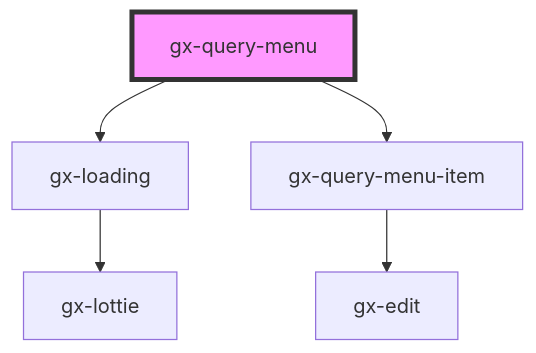
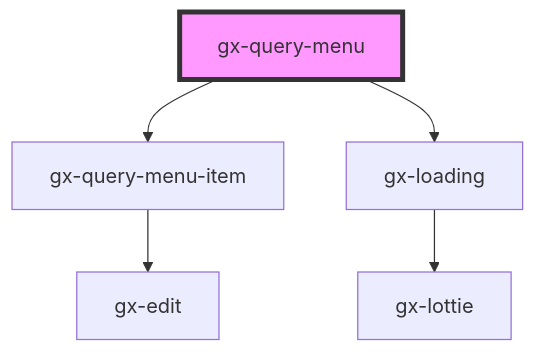
The diagram in src/components/gx-query/query-menu/readme.md (genexuslabs/reporting-controls-library), drawn with Mermaid before and after one commit. The commit also changed other lines of this file and 5 other files, not shown here.

````diff
--- a/src/components/gx-query/query-menu/readme.md
+++ b/src/components/gx-query/query-menu/readme.md
@@ -47,8 +57,8 @@
 ```mermaid
 graph TD;
+  gx-query-menu --> gx-query-menu-item
   gx-query-menu --> gx-loading
-  gx-query-menu --> gx-query-menu-item
+  gx-query-menu-item --> gx-edit
   gx-loading --> gx-lottie
-  gx-query-menu-item --> gx-edit
   style gx-query-menu fill:#f9f,stroke:#333,stroke-width:4px
 ```
````
